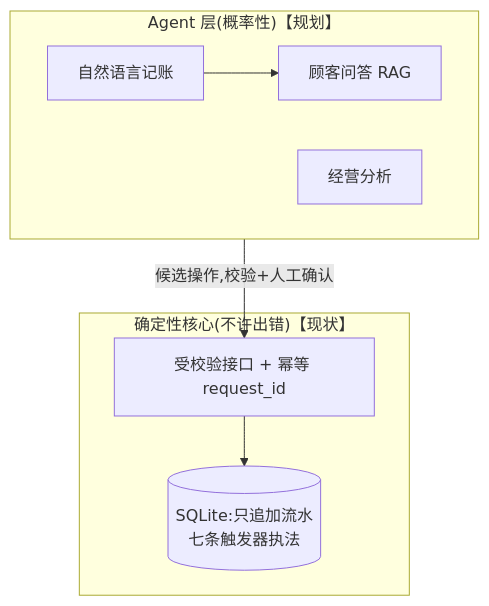
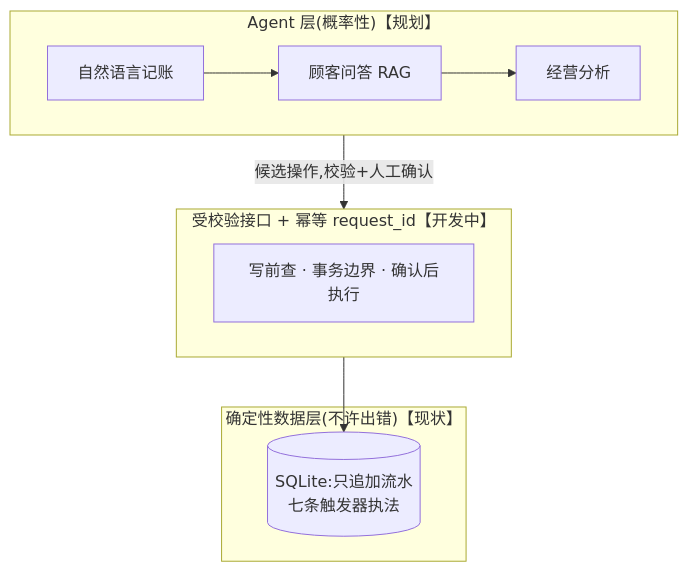
The diagram in README.md (z272065/barbershop-ledger), drawn with Mermaid before and after one commit. The commit also changed other lines of this file and 1 other file, not shown here.

````diff
--- a/README.md
+++ b/README.md
@@ -30,13 +36,14 @@
 ```mermaid
 flowchart TB
     subgraph V3["Agent 层(概率性)【规划】"]
-        A1[自然语言记账] --> A2[顾客问答 RAG]
-        A3[经营分析]
+        A1[自然语言记账] --> A2[顾客问答 RAG] --> A3[经营分析]
     end
-    subgraph V1["确定性核心(不许出错)【现状】"]
-        C1[受校验接口 + 幂等 request_id]
-        C2[(SQLite:只追加流水\n七条触发器执法)]
-        C1 --> C2
+    subgraph API["受校验接口 + 幂等 request_id【开发中】"]
+        C1[写前查 · 事务边界 · 确认后执行]
     end
-    V3 -->|候选操作,校验+人工确认| C1
+    subgraph DB["确定性数据层(不许出错)【现状】"]
+        C2[(SQLite:只追加流水<br/>七条触发器执法)]
+    end
+    V3 -->|候选操作,校验+人工确认| API
+    API --> C2
 ```
````
